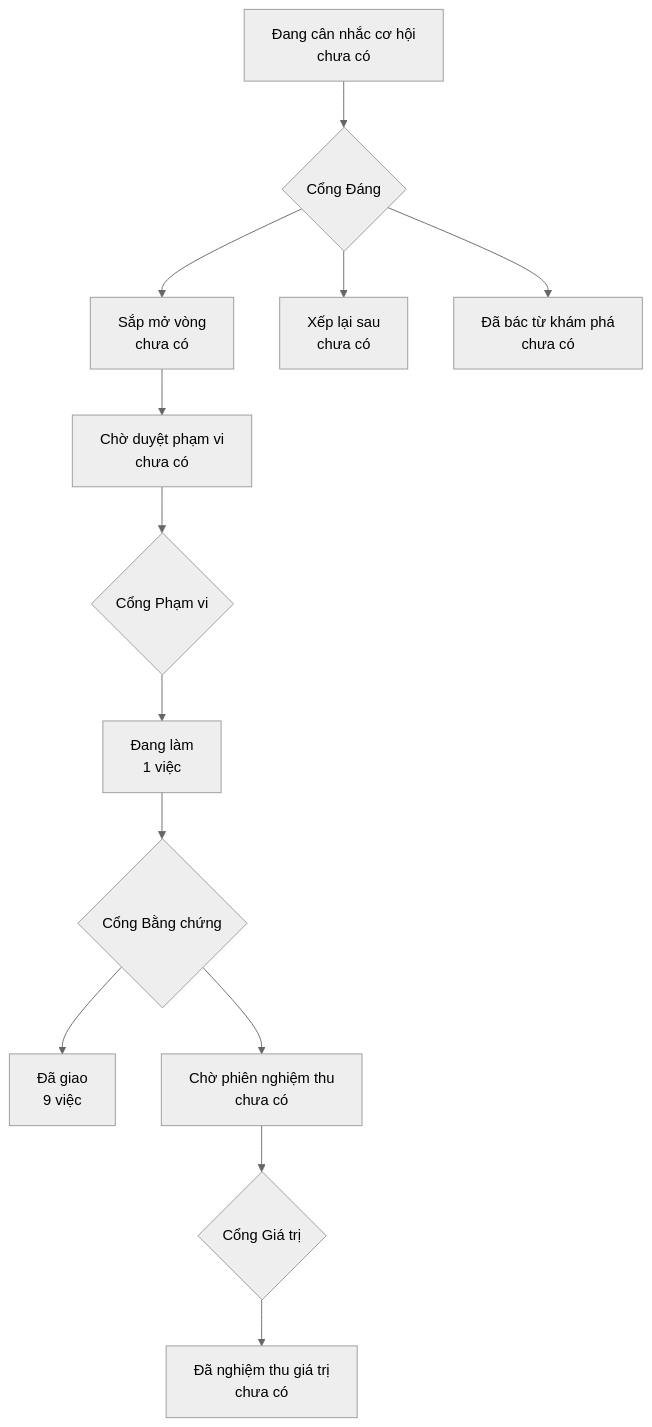
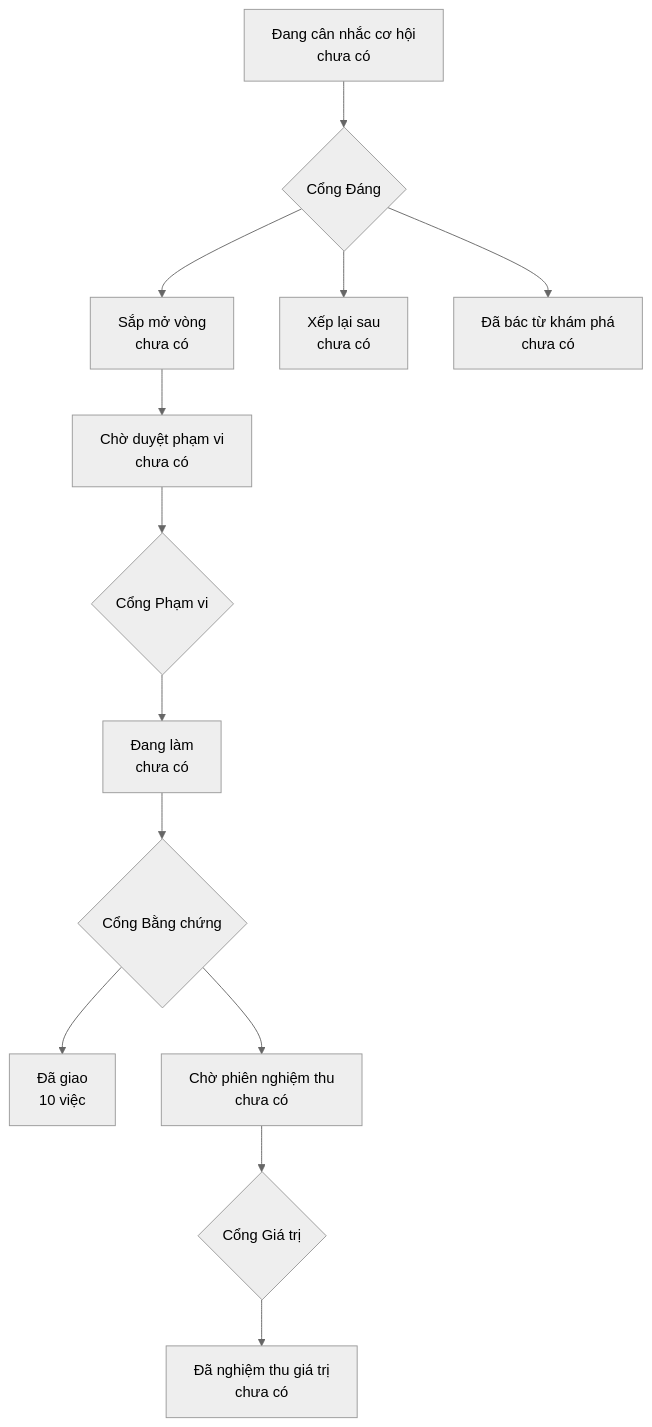
The diagram in PRODUCT-MAP.md (phanlemanh/onehub-invest), drawn with Mermaid (neutral theme) before and after one commit. The commit also changed other lines of this file and 4 other files, not shown here.

````diff
--- a/PRODUCT-MAP.md
+++ b/PRODUCT-MAP.md
@@ -6,12 +6,12 @@
 ```mermaid
 flowchart TD
   A["Đang cân nhắc cơ hội<br/>chưa có"] --> GD{"Cổng Đáng"}
   GD --> B["Sắp mở vòng<br/>chưa có"]
   GD --> XL["Xếp lại sau<br/>chưa có"]
   GD --> DB["Đã bác từ khám phá<br/>chưa có"]
   B --> CD["Chờ duyệt phạm vi<br/>chưa có"] --> GP{"Cổng Phạm vi"}
-  GP --> DL["Đang làm<br/>1 việc"] --> GB{"Cổng Bằng chứng"}
-  GB --> DG["Đã giao<br/>9 việc"]
+  GP --> DL["Đang làm<br/>chưa có"] --> GB{"Cổng Bằng chứng"}
+  GB --> DG["Đã giao<br/>10 việc"]
   GB --> CN["Chờ phiên nghiệm thu<br/>chưa có"] --> GG{"Cổng Giá trị"}
   GG --> NT["Đã nghiệm thu giá trị<br/>chưa có"]
 ```
````
